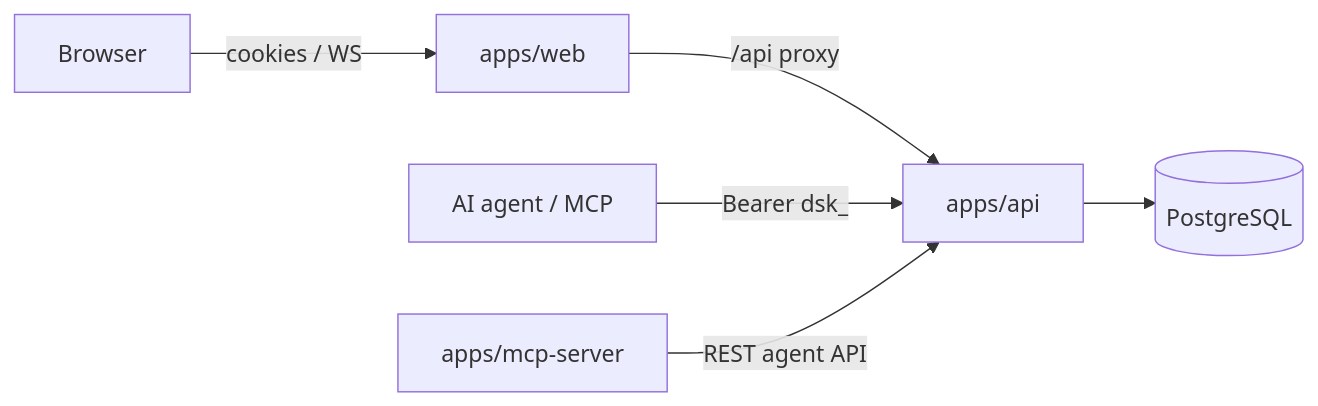
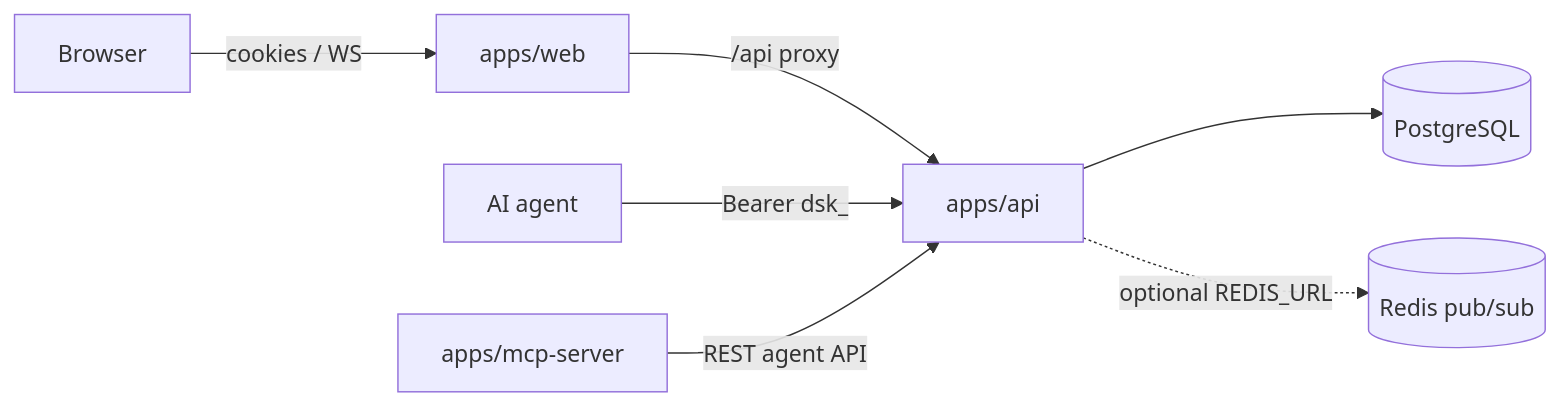
The diagram in README.md (WilliamsLenkeu/devsync), drawn with Mermaid before and after one commit. The commit also changed other lines of this file and 118 other files, not shown here.

````diff
--- a/README.md
+++ b/README.md
@@ -30,8 +34,9 @@
 ```mermaid
 flowchart LR
   Browser -->|cookies / WS| Web[apps/web]
   Web -->|/api proxy| API[apps/api]
-  Agent[AI agent / MCP] -->|Bearer dsk_| API
+  Agent[AI agent] -->|Bearer dsk_| API
   MCP[apps/mcp-server] -->|REST agent API| API
   API --> PG[(PostgreSQL)]
+  API -.->|optional REDIS_URL| Redis[(Redis pub/sub)]
 ```
````
